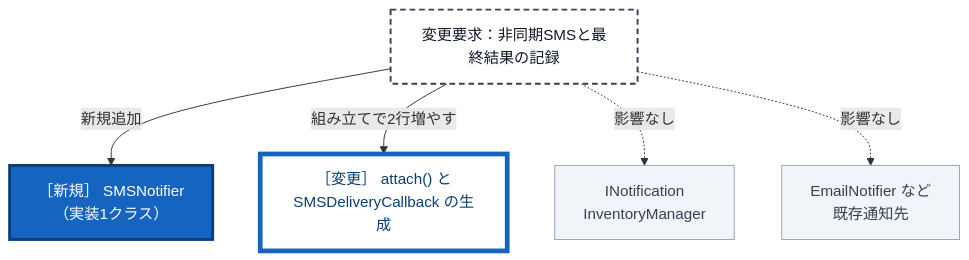
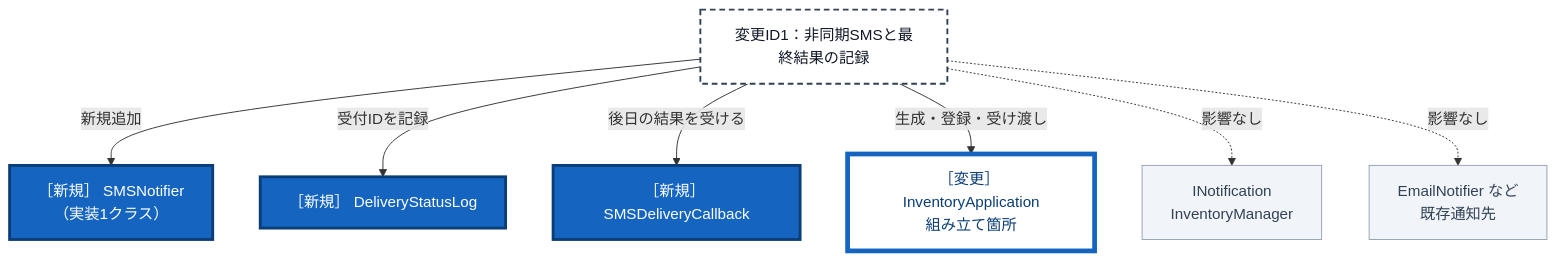
Before and after one commit to kumachan1101-pixel/DesignPattern: diagram 16 of 18 in kindle/design-patterns/books/volume01-core-patterns/output/05-chapter03.md, drawn with Mermaid. The commit also changed other lines of this file and 41 other files, not shown here.

````diff
--- a/kindle/design-patterns/books/volume01-core-patterns/output/05-chapter03.md
+++ b/kindle/design-patterns/books/volume01-core-patterns/output/05-chapter03.md
@@ -3137,13 +3395,15 @@
 ```mermaid
 graph TD
-    T1["変更要求：非同期SMSと最終結果の記録"]:::req
+    T1["変更ID1：非同期SMSと最終結果の記録"]:::req
         -->|新規追加| N1["［新規］ SMSNotifier<br>（実装1クラス）"]:::added
-    T1 -->|組み立てで2行増やす| N2["［変更］ attach() と<br>SMSDeliveryCallback の生成"]:::touched
+    T1 -->|受付IDを記録| N2["［新規］ DeliveryStatusLog"]:::added
+    T1 -->|後日の結果を受ける| N3["［新規］ SMSDeliveryCallback"]:::added
+    T1 -->|生成・登録・受け渡し| N4["［変更］ InventoryApplication<br>組み立て箇所"]:::touched
     T1 -. "影響なし" .-> A["INotification<br>InventoryManager"]:::keep
     T1 -. "影響なし" .-> B["EmailNotifier など<br>既存通知先"]:::keep
 
     classDef req fill:#ffffff,stroke:#334155,stroke-width:2px,stroke-dasharray:6 4,color:#111827;
     classDef keep fill:#f1f5f9,stroke:#94a3b8,color:#334155;
     classDef added fill:#1565c0,stroke:#0b3d76,stroke-width:3px,color:#ffffff;
     classDef touched fill:#ffffff,stroke:#1565c0,stroke-width:5px,color:#0b3d76;
 ```
````
